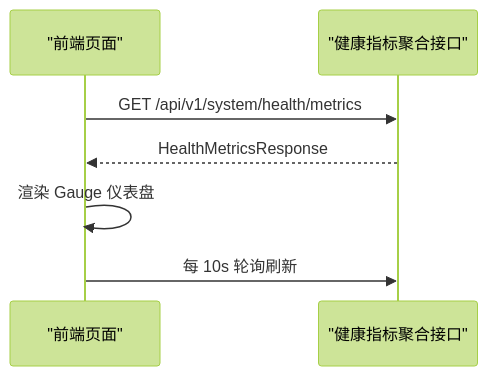
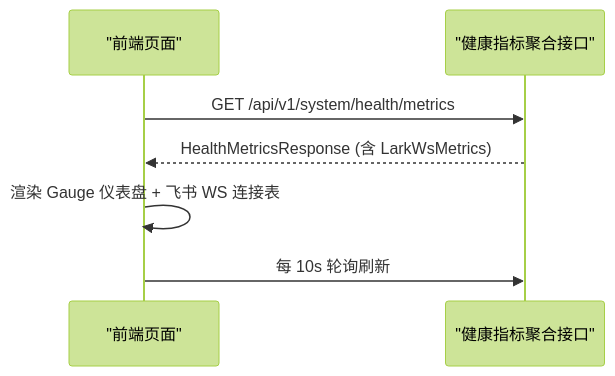
One commit to runningcoders/ai_orz changed the eighth of 9 diagrams in .qoder/repowiki/zh/content/项目概述/核心功能特性/系统管理功能/系统健康检查.md. Above: the diagram before and after it, drawn with Mermaid (forest theme). The commit also changed other lines of this file and 10 other files, not shown here.

````diff
--- a/.qoder/repowiki/zh/content/项目概述/核心功能特性/系统管理功能/系统健康检查.md
+++ b/.qoder/repowiki/zh/content/项目概述/核心功能特性/系统管理功能/系统健康检查.md
@@ -208,9 +341,9 @@
 ```mermaid
 sequenceDiagram
 participant UI as "前端页面"
 participant API as "健康指标聚合接口"
 UI->>API : GET /api/v1/system/health/metrics
-API-->>UI : HealthMetricsResponse
-UI->>UI : 渲染 Gauge 仪表盘
+API-->>UI : HealthMetricsResponse (含 LarkWsMetrics)
+UI->>UI : 渲染 Gauge 仪表盘 + 飞书 WS 连接表
 UI->>API : 每 10s 轮询刷新
 ```
````
